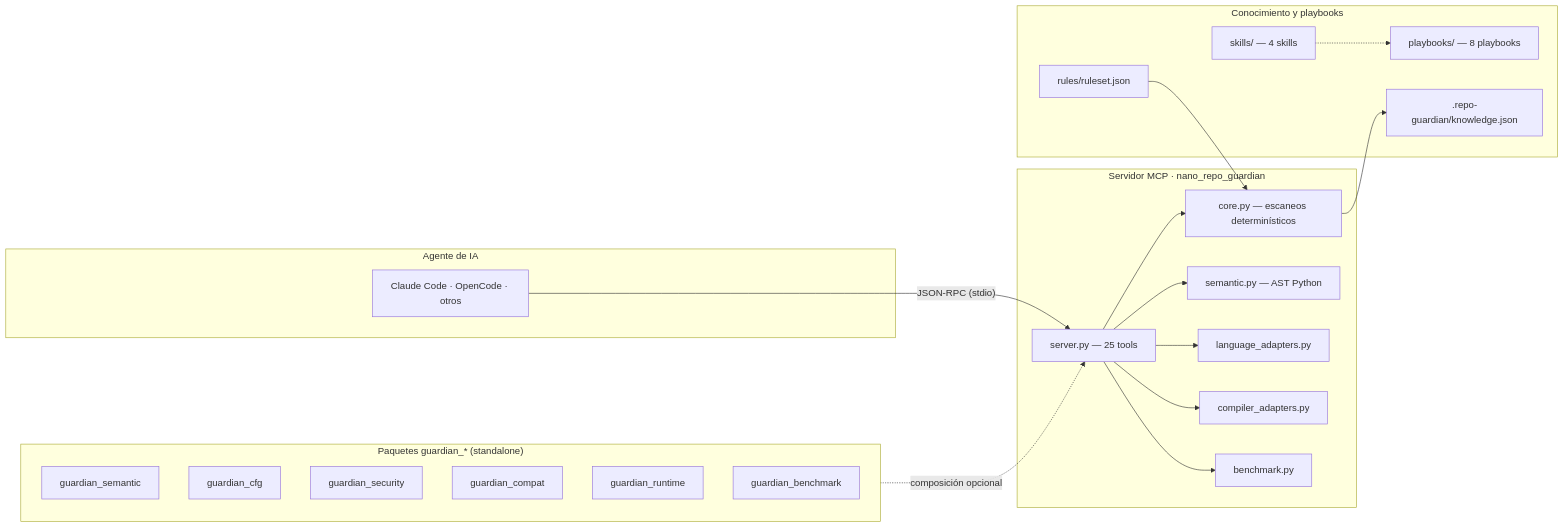
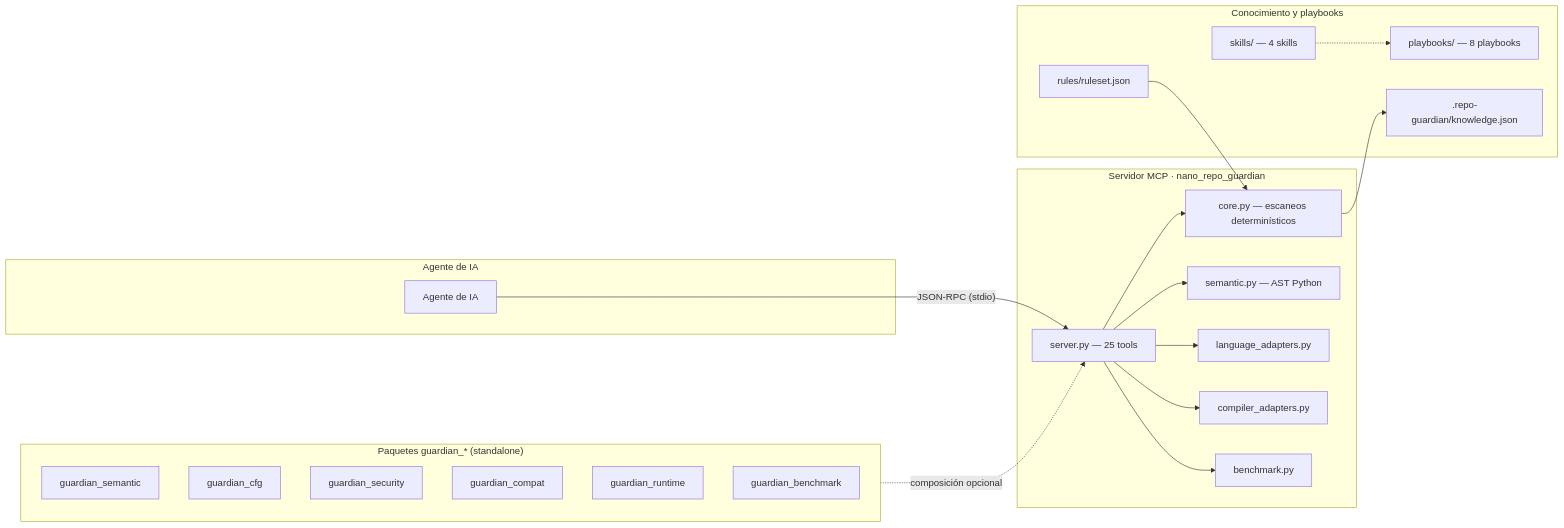
Before and after one commit to emmahiguita/universal-repo-guardian: the first of 3 diagrams in README.md, drawn with Mermaid. The commit also changed other lines of this file, not shown here.

Commit message:
docs: limpiar menciones en README

````diff
--- a/README.md
+++ b/README.md
@@ -43,39 +43,39 @@
 ```mermaid
 flowchart LR
     subgraph Agente["Agente de IA"]
-        AG["Claude Code · OpenCode · otros"]
+        AG["Agente de IA"]
     end
     subgraph MCP["Servidor MCP · nano_repo_guardian"]
         SRV["server.py — 25 tools"]
         CORE["core.py — escaneos determinísticos"]
         SEM["semantic.py — AST Python"]
         LANG["language_adapters.py"]
         COMP["compiler_adapters.py"]
         BENCH["benchmark.py"]
     end
     subgraph PKG["Paquetes guardian_* (standalone)"]
         GS["guardian_semantic"]
         GC["guardian_cfg"]
         GSE["guardian_security"]
         GCO["guardian_compat"]
         GR["guardian_runtime"]
         GB["guardian_benchmark"]
     end
     subgraph CON["Conocimiento y playbooks"]
         SK["skills/ — 4 skills"]
         PB["playbooks/ — 8 playbooks"]
         RL["rules/ruleset.json"]
         KB[".repo-guardian/knowledge.json"]
     end
 
     AG -->|"JSON-RPC (stdio)"| SRV
     SRV --> CORE
     SRV --> SEM
     SRV --> LANG
     SRV --> COMP
     SRV --> BENCH
     CORE --> KB
     RL --> CORE
     SK -.-> PB
     PKG -.->|"composición opcional"| SRV
 ```
````
